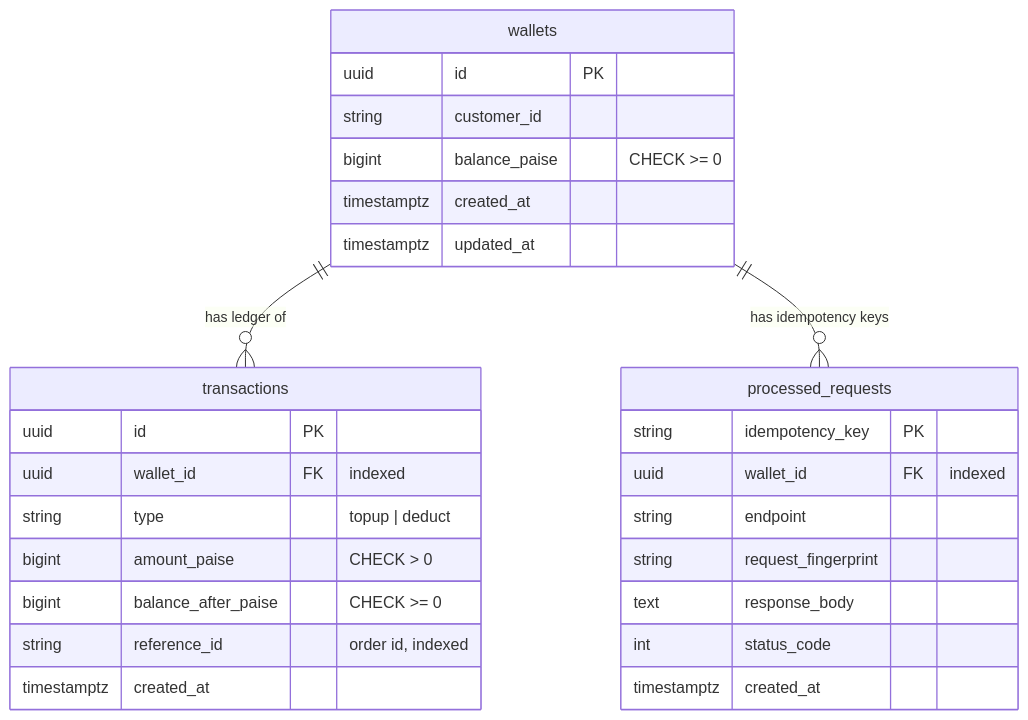
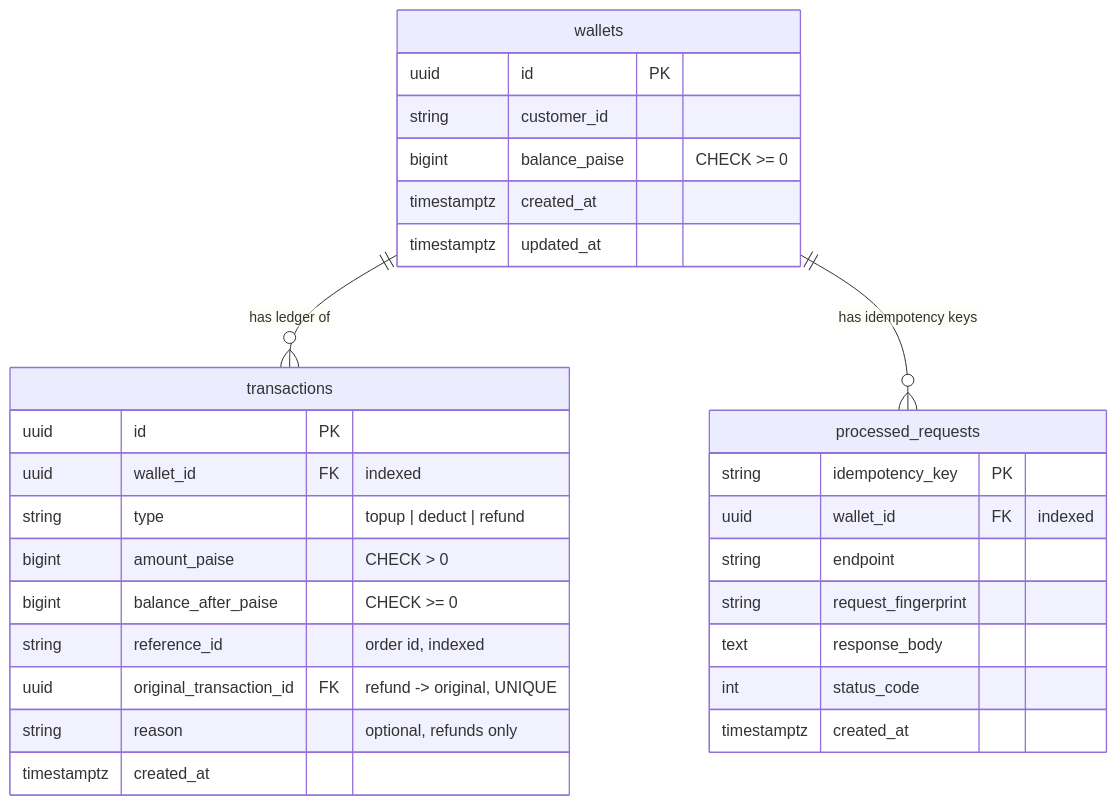
One commit to JayantUppal/keychain-os-wallet-service changed the second of 3 diagrams in README.md. Above: the diagram before and after it, drawn with Mermaid. The commit also changed other lines of this file and 13 other files, not shown here.

````diff
--- a/README.md
+++ b/README.md
@@ -118,33 +139,35 @@
 ```mermaid
 erDiagram
     wallets ||--o{ transactions : "has ledger of"
     wallets ||--o{ processed_requests : "has idempotency keys"
 
     wallets {
         uuid   id PK
         string customer_id
         bigint balance_paise "CHECK >= 0"
         timestamptz created_at
         timestamptz updated_at
     }
 
     transactions {
         uuid   id PK
         uuid   wallet_id FK "indexed"
-        string type "topup | deduct"
+        string type "topup | deduct | refund"
         bigint amount_paise "CHECK > 0"
         bigint balance_after_paise "CHECK >= 0"
         string reference_id "order id, indexed"
+        uuid   original_transaction_id FK "refund -> original, UNIQUE"
+        string reason "optional, refunds only"
         timestamptz created_at
     }
 
     processed_requests {
         string idempotency_key PK
         uuid   wallet_id FK "indexed"
         string endpoint
         string request_fingerprint
         text   response_body
         int    status_code
         timestamptz created_at
     }
 ```
````
